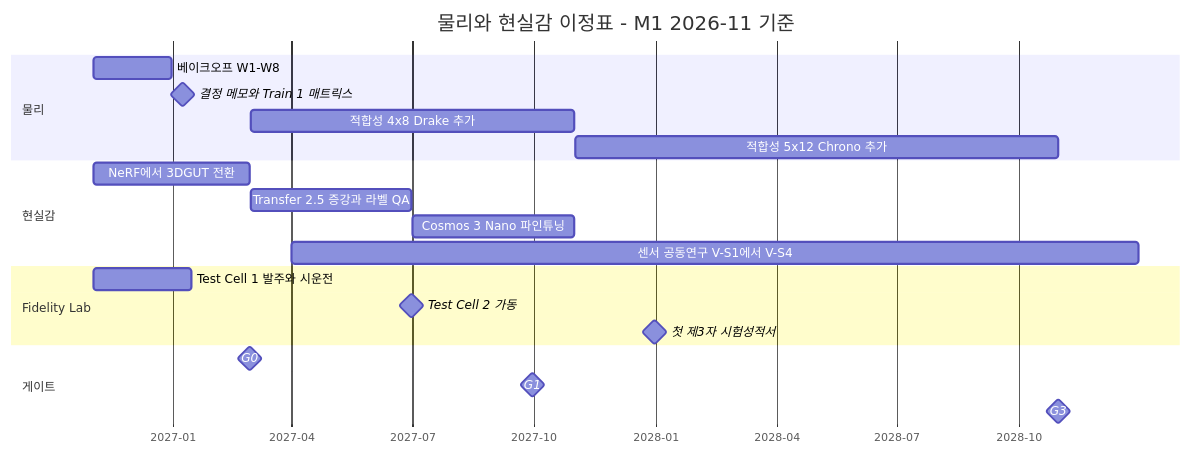
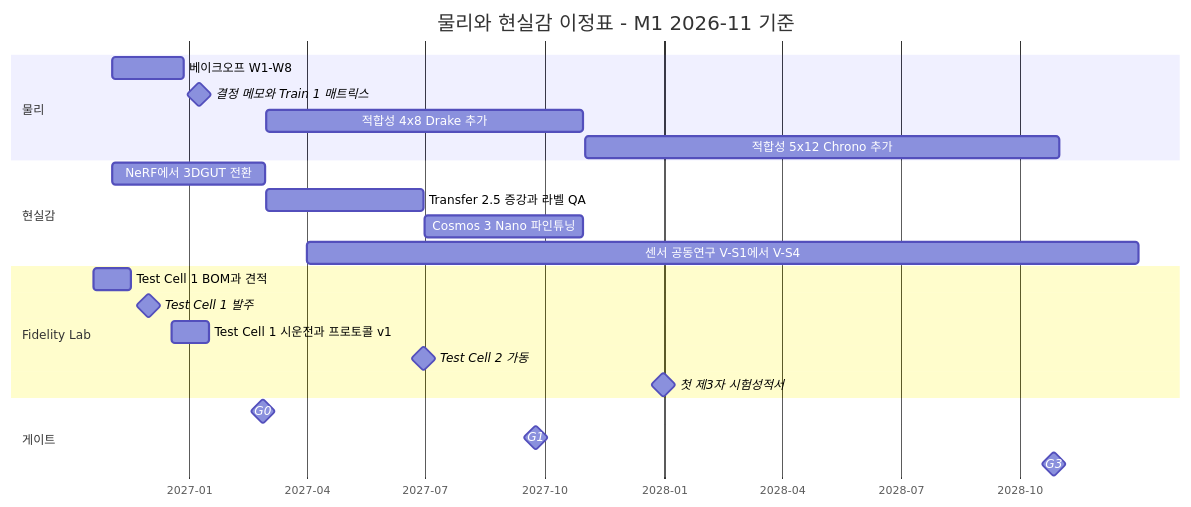
Diagram 11 of 12 in docs/digital-twin-platform/05-physics-and-realism.md (ouremployeeces-ship-it/AIResearch), drawn with Mermaid before and after one commit. The commit also changed other lines of this file and 14 other files, not shown here.

````diff
--- a/docs/digital-twin-platform/05-physics-and-realism.md
+++ b/docs/digital-twin-platform/05-physics-and-realism.md
@@ -1299,24 +1358,26 @@
 ```mermaid
 gantt
     title 물리와 현실감 이정표 - M1 2026-11 기준
     dateFormat YYYY-MM-DD
     axisFormat %Y-%m
     section 물리
-    베이크오프 W1-W8                 :b1, 2026-11-02, 2026-12-31
+    베이크오프 W1-W8                 :b1, 2026-11-02, 2026-12-27
     결정 메모와 Train 1 매트릭스      :milestone, 2027-01-08, 0d
     적합성 4x8 Drake 추가             :c1, 2027-03-01, 2027-10-31
     적합성 5x12 Chrono 추가           :c2, 2027-11-01, 2028-10-31
     section 현실감
     NeRF에서 3DGUT 전환               :r1, 2026-11-02, 2027-02-28
     Transfer 2.5 증강과 라벨 QA       :r2, 2027-03-01, 2027-06-30
     Cosmos 3 Nano 파인튜닝            :r3, 2027-07-01, 2027-10-31
     센서 공동연구 V-S1에서 V-S4       :r4, 2027-04-01, 2028-12-31
     section Fidelity Lab
-    Test Cell 1 발주와 시운전         :f1, 2026-11-02, 2027-01-15
+    Test Cell 1 BOM과 견적            :f0, 2026-10-19, 2026-11-17
+    Test Cell 1 발주                  :milestone, 2026-11-30, 0d
+    Test Cell 1 시운전과 프로토콜 v1  :f1, 2026-12-18, 2027-01-16
     Test Cell 2 가동                  :milestone, 2027-06-30, 0d
     첫 제3자 시험성적서               :milestone, 2027-12-31, 0d
     section 게이트
-    G0                                :milestone, 2027-02-28, 0d
-    G1                                :milestone, 2027-09-30, 0d
-    G3                                :milestone, 2028-10-31, 0d
+    G0                                :milestone, 2027-02-26, 0d
+    G1                                :milestone, 2027-09-24, 0d
+    G3                                :milestone, 2028-10-27, 0d
 ```
````
